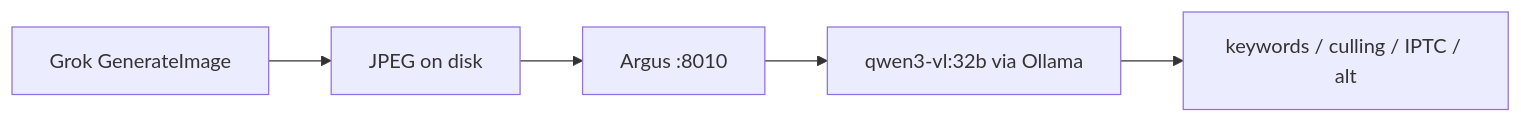
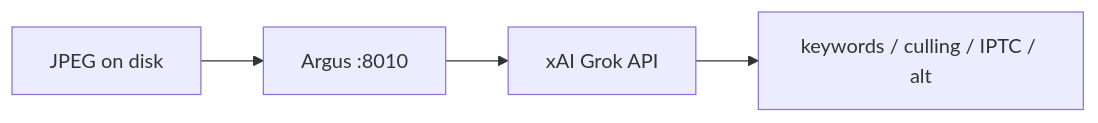
The diagram in docs/DOGFOOD-STANDARD.md (Ayyitskevin/argus), drawn with Mermaid before and after one commit. The commit also changed other lines of this file and 14 other files, not shown here.

First line of the commit message:
Switch vision to xAI Grok API — retire Ollama/qwen

````diff
--- a/docs/DOGFOOD-STANDARD.md
+++ b/docs/DOGFOOD-STANDARD.md
@@ -8,7 +8,6 @@
 ```mermaid
 flowchart LR
-  grok[Grok GenerateImage] --> disk[JPEG on disk]
-  disk --> argus[Argus :8010]
-  argus --> qwen[qwen3-vl:32b via Ollama]
-  qwen --> out[keywords / culling / IPTC / alt]
+  img[JPEG on disk] --> argus[Argus :8010]
+  argus --> grok[xAI Grok API]
+  grok --> out[keywords / culling / IPTC / alt]
 ```
````
